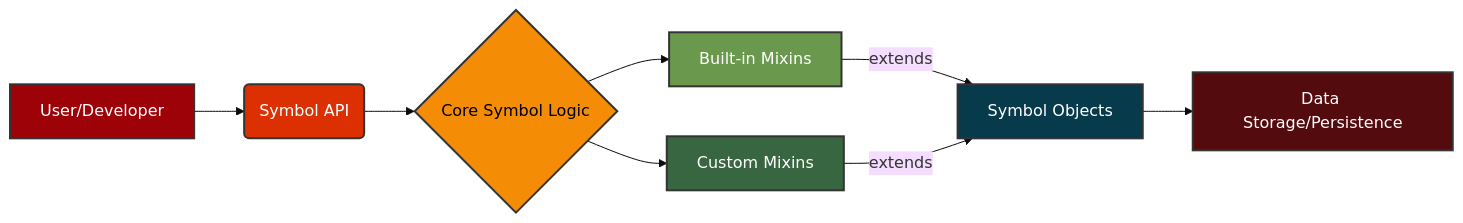
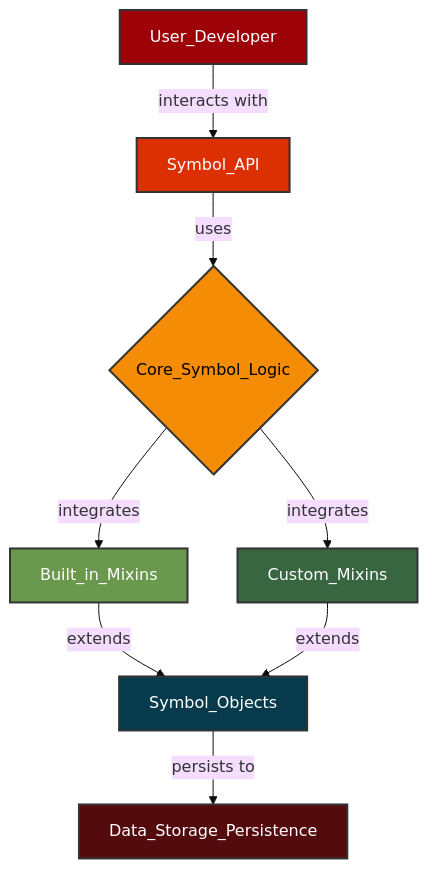
Before and after one commit to ikko/sym: the second of 2 diagrams in README.md, drawn with Mermaid (base theme). The commit also changed other lines of this file and 1 other file, not shown here.

Commit message:
second is horizontal diagram

````diff
--- a/README.md
+++ b/README.md
@@ -138,29 +138,36 @@
 ```mermaid
-graph LR
-    A[User/Developer] --> B(Symbol API)
-    B --> C{Core Symbol Logic}
-    C --> D[Built-in Mixins]
-    C --> E[Custom Mixins]
-    D -- extends --> F[Symbol Objects]
-    E -- extends --> F
-    F --> G[Data Storage/Persistence]
-    
+graph TB
+Built_in_Mixins[Built_in_Mixins]
+Core_Symbol_Logic{Core_Symbol_Logic}
+Custom_Mixins[Custom_Mixins]
+Data_Storage_Persistence[Data_Storage_Persistence]
+Symbol_API[Symbol_API]
+Symbol_Objects[Symbol_Objects]
+User_Developer[User_Developer]
+    User_Developer -- interacts with --> Symbol_API
+    Symbol_API -- uses --> Core_Symbol_Logic
+    Core_Symbol_Logic -- integrates --> Built_in_Mixins
+    Built_in_Mixins -- extends --> Symbol_Objects
+    Symbol_Objects -- persists to --> Data_Storage_Persistence
+    Core_Symbol_Logic -- integrates --> Custom_Mixins
+    Custom_Mixins -- extends --> Symbol_Objects
+
     %% User/entry point
-    style A fill:#9d0208,stroke:#333,stroke-width:2px,color:#FFFFFF;
+    style User_Developer fill:#9d0208,stroke:#333,stroke-width:2px,color:#FFFFFF;
     
     %% API layer
-    style B fill:#dc2f02,stroke:#333,stroke-width:2px,color:#FFFFFF;
+    style Symbol_API fill:#dc2f02,stroke:#333,stroke-width:2px,color:#FFFFFF;
     
     %% Core logic
-    style C fill:#f48c06,stroke:#333,stroke-width:2px,color:#000000;
+    style Core_Symbol_Logic fill:#f48c06,stroke:#333,stroke-width:2px,color:#000000;
     
     %% Mixins - similar functionality
-    style D fill:#6a994e,stroke:#333,stroke-width:2px,color:#FFFFFF;
-    style E fill:#386641,stroke:#333,stroke-width:2px,color:#FFFFFF;
+    style Built_in_Mixins fill:#6a994e,stroke:#333,stroke-width:2px,color:#FFFFFF;
+    style Custom_Mixins fill:#386641,stroke:#333,stroke-width:2px,color:#FFFFFF;
     
     %% Objects
-    style F fill:#073b4c,stroke:#333,stroke-width:2px,color:#FFFFFF;
+    style Symbol_Objects fill:#073b4c,stroke:#333,stroke-width:2px,color:#FFFFFF;
     
     %% Storage
-    style G fill:#540b0e,stroke:#333,stroke-width:2px,color:#FFFFFF;
+    style Data_Storage_Persistence fill:#540b0e,stroke:#333,stroke-width:2px,color:#FFFFFF;
 ```
````
